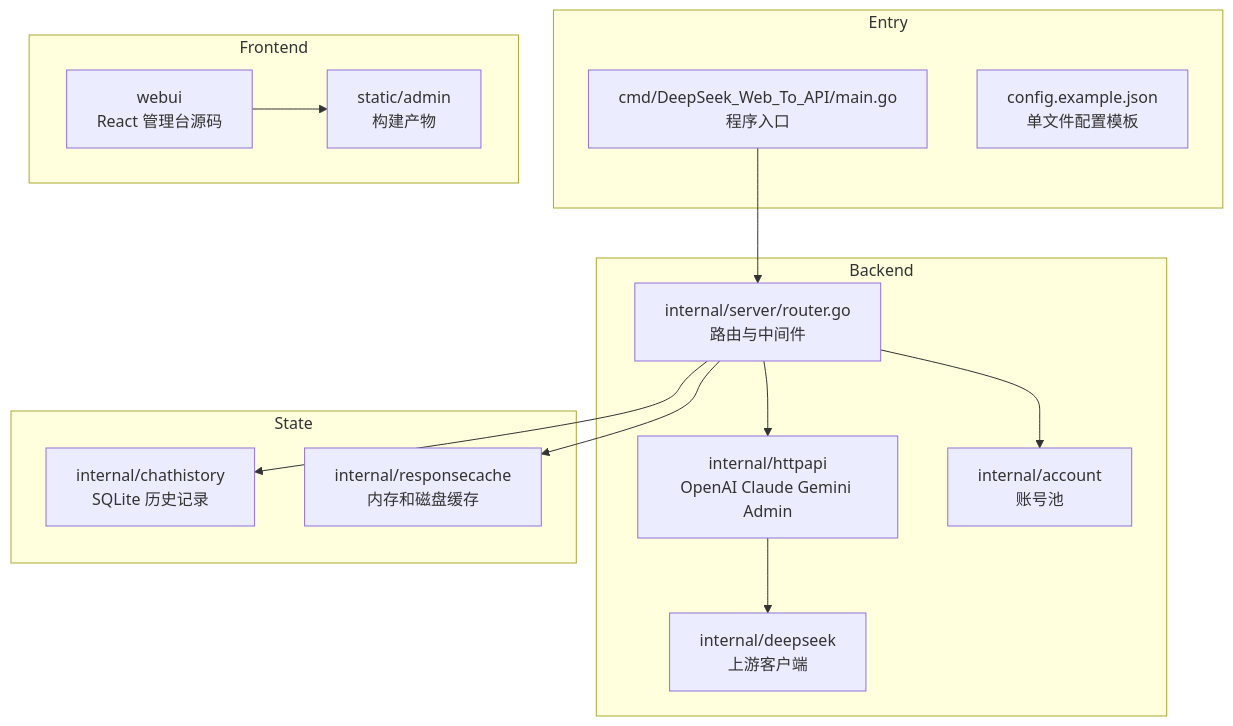
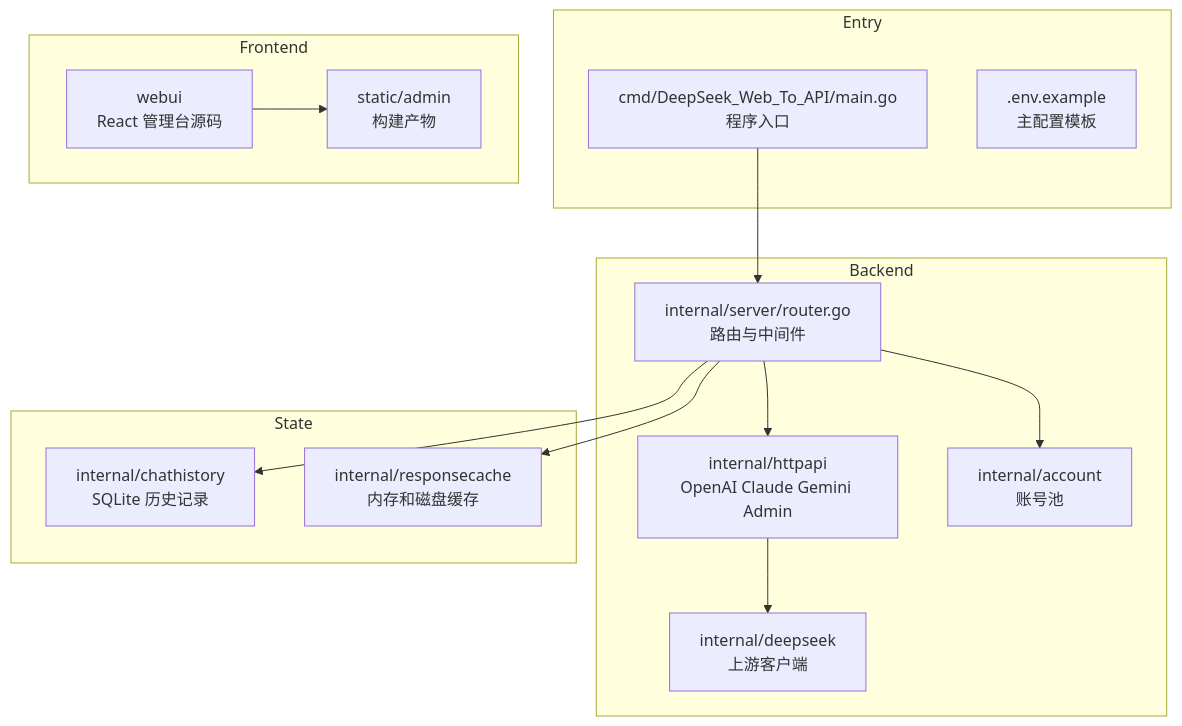
One commit to marklove5102/DeepSeek_Web_To_API changed the first of 2 diagrams in docs/README.md. Above: the diagram before and after it, drawn with Mermaid. The commit also changed other lines of this file and 51 other files, not shown here.

````diff
--- a/docs/README.md
+++ b/docs/README.md
@@ -38,28 +38,28 @@
 ```mermaid
 graph TB
 subgraph "Entry"
 MAIN["cmd/DeepSeek_Web_To_API/main.go<br/>程序入口"]
-CONFIG["config.example.json<br/>单文件配置模板"]
+CONFIG[".env.example<br/>主配置模板"]
 end
 subgraph "Backend"
 SERVER["internal/server/router.go<br/>路由与中间件"]
 HTTPAPI["internal/httpapi<br/>OpenAI Claude Gemini Admin"]
 DEEPSEEK["internal/deepseek<br/>上游客户端"]
 ACCOUNT["internal/account<br/>账号池"]
 end
 subgraph "State"
 HISTORY["internal/chathistory<br/>SQLite 历史记录"]
 CACHE["internal/responsecache<br/>内存和磁盘缓存"]
 end
 subgraph "Frontend"
 WEBUI["webui<br/>React 管理台源码"]
 STATIC["static/admin<br/>构建产物"]
 end
 MAIN --> SERVER
 SERVER --> HTTPAPI
 SERVER --> ACCOUNT
 SERVER --> HISTORY
 SERVER --> CACHE
 HTTPAPI --> DEEPSEEK
 WEBUI --> STATIC
 ```
````
